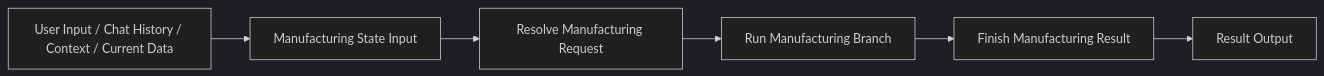
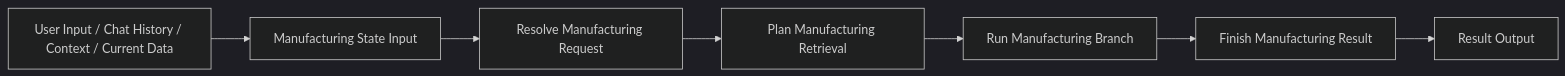
One commit to bongG-moon/agent_test_v2 changed the second of 2 diagrams in docs/LANGFLOW_CANVAS_EXAMPLE.md. Above: the diagram before and after it, drawn with Mermaid (dark theme). The commit also changed other lines of this file and 8 other files, not shown here.

Commit message:
Refresh docs for merged agent and graph structure

````diff
--- a/docs/LANGFLOW_CANVAS_EXAMPLE.md
+++ b/docs/LANGFLOW_CANVAS_EXAMPLE.md
@@ -34,8 +24,9 @@
 ```mermaid
 flowchart LR
     A["User Input / Chat History / Context / Current Data"] --> B["Manufacturing State Input"]
     B --> C["Resolve Manufacturing Request"]
-    C --> D["Run Manufacturing Branch"]
-    D --> E["Finish Manufacturing Result"]
-    E --> F["Result Output"]
+    C --> D["Plan Manufacturing Retrieval"]
+    D --> E["Run Manufacturing Branch"]
+    E --> F["Finish Manufacturing Result"]
+    F --> G["Result Output"]
 ```
````
